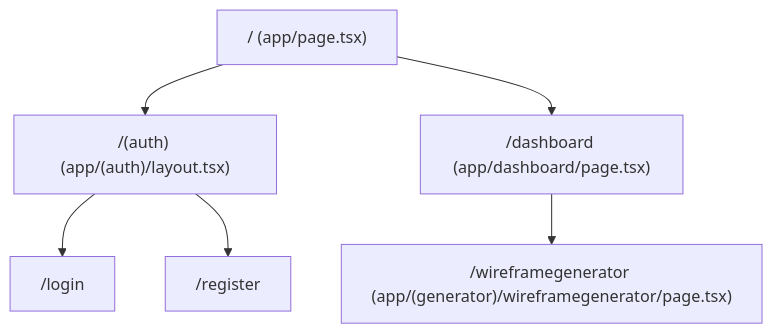
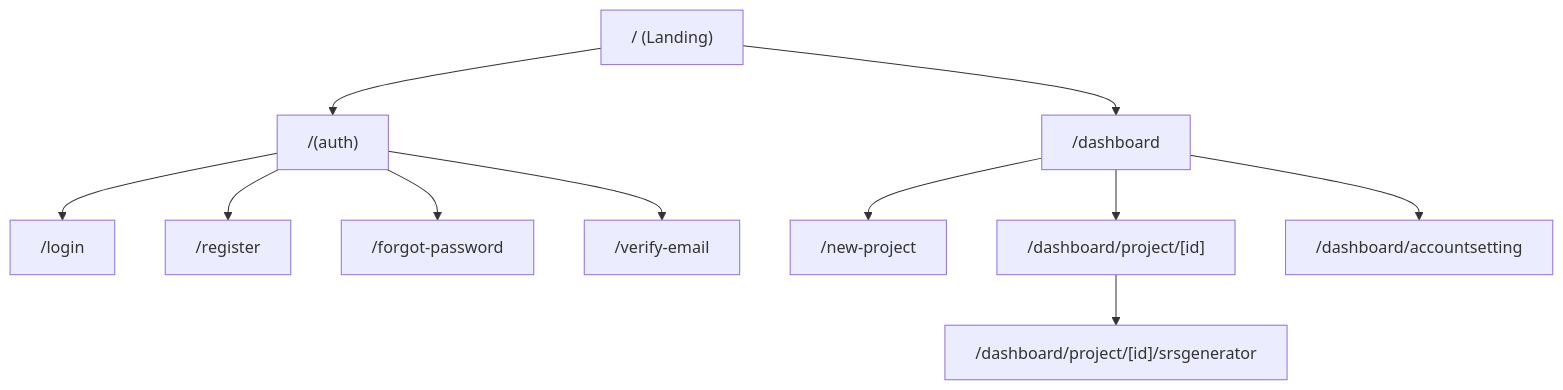
The second of 2 diagrams in docs/architecture/architecture.md (KHTNK22-DATN-BA-Copilot/ba_copilot_frontend), drawn with Mermaid before and after one commit. The commit also changed other lines of this file and 6 other files, not shown here.

````diff
--- a/docs/architecture/architecture.md
+++ b/docs/architecture/architecture.md
@@ -121,29 +189,25 @@
 ```mermaid
-
-graph  TD
-
-Home["/ (app/page.tsx)"]
-
-Auth["/(auth) (app/(auth)/layout.tsx)"]
-
-Login["/login"]
-
-Register["/register"]
-
-Dashboard["/dashboard (app/dashboard/page.tsx)"]
-
-Generator["/wireframegenerator (app/(generator)/wireframegenerator/page.tsx)"]
-
-  
-
-Home  -->  Auth
-
-Auth  -->  Login
-
-Auth  -->  Register
-
-Home  -->  Dashboard
-
-Dashboard  -->  Generator
-
+graph TD
+    Root["/  (Landing)"]
+    Auth["/(auth)"]
+    Login["/login"]
+    Register["/register"]
+    ForgotPwd["/forgot-password"]
+    VerifyEmail["/verify-email"]
+    Dashboard["/dashboard"]
+    NewProject["/new-project"]
+    ProjectDetail["/dashboard/project/[id]"]
+    SRSGen["/dashboard/project/[id]/srsgenerator"]
+    AccountSetting["/dashboard/accountsetting"]
+    
+    Root --> Auth
+    Root --> Dashboard
+    Auth --> Login
+    Auth --> Register
+    Auth --> ForgotPwd
+    Auth --> VerifyEmail
+    Dashboard --> NewProject
+    Dashboard --> ProjectDetail
+    Dashboard --> AccountSetting
+    ProjectDetail --> SRSGen
 ```
````
